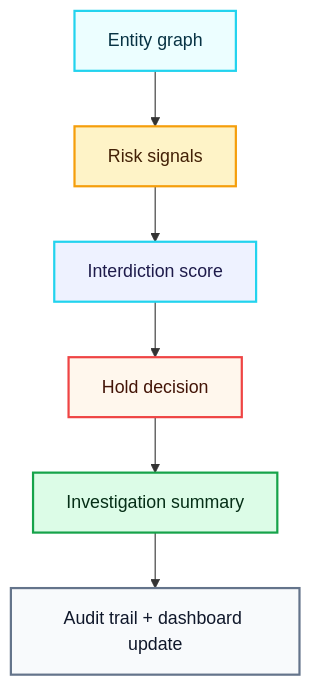
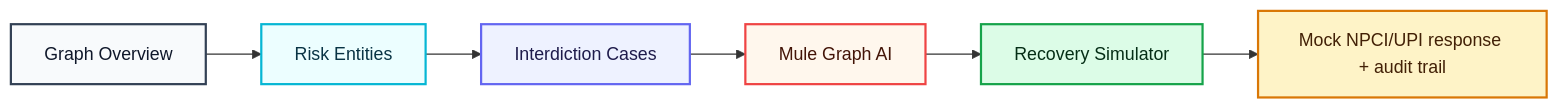
The first of 3 diagrams in docs/DIAGRAMS.md (jprbom/bharat-upi-interdict), drawn with Mermaid before and after one commit. The commit also changed other lines of this file and 15 other files, not shown here.

Commit message:
feat: wire working demo flows and mock UPI rail

```diff
--- a/docs/DIAGRAMS.md
+++ b/docs/DIAGRAMS.md
@@ -13,15 +13,15 @@
 ~~~mermaid
-flowchart TD
-  A["Entity graph"]:::start --> B["Risk signals"]:::signal
-  B --> C["Interdiction score"]:::model
-  C --> D["Hold decision"]:::decision
-  D --> E["Investigation summary"]:::output
-  E --> F["Audit trail + dashboard update"]:::audit
+flowchart LR
+  A["Graph Overview"]:::start --> B["Risk Entities"]:::signal
+  B --> C["Interdiction Cases"]:::model
+  C --> D["Mule Graph AI"]:::decision
+  D --> E["Recovery Simulator"]:::output
+  E --> F["Mock NPCI/UPI response + audit trail"]:::audit
 
-  classDef start fill:#ecfeff,stroke:#22d3ee,stroke-width:2px,color:#083344
-  classDef signal fill:#fef3c7,stroke:#f59e0b,stroke-width:2px,color:#422006
-  classDef model fill:#eef2ff,stroke:#22d3ee,stroke-width:2px,color:#1e1b4b
+  classDef start fill:#f8fafc,stroke:#334155,stroke-width:2px,color:#0f172a
+  classDef signal fill:#ecfeff,stroke:#06b6d4,stroke-width:2px,color:#083344
+  classDef model fill:#eef2ff,stroke:#6366f1,stroke-width:2px,color:#1e1b4b
   classDef decision fill:#fff7ed,stroke:#ef4444,stroke-width:2px,color:#431407
   classDef output fill:#dcfce7,stroke:#16a34a,stroke-width:2px,color:#052e16
-  classDef audit fill:#f8fafc,stroke:#64748b,stroke-width:2px,color:#0f172a
+  classDef audit fill:#fef3c7,stroke:#d97706,stroke-width:2px,color:#422006
 ~~~
```
